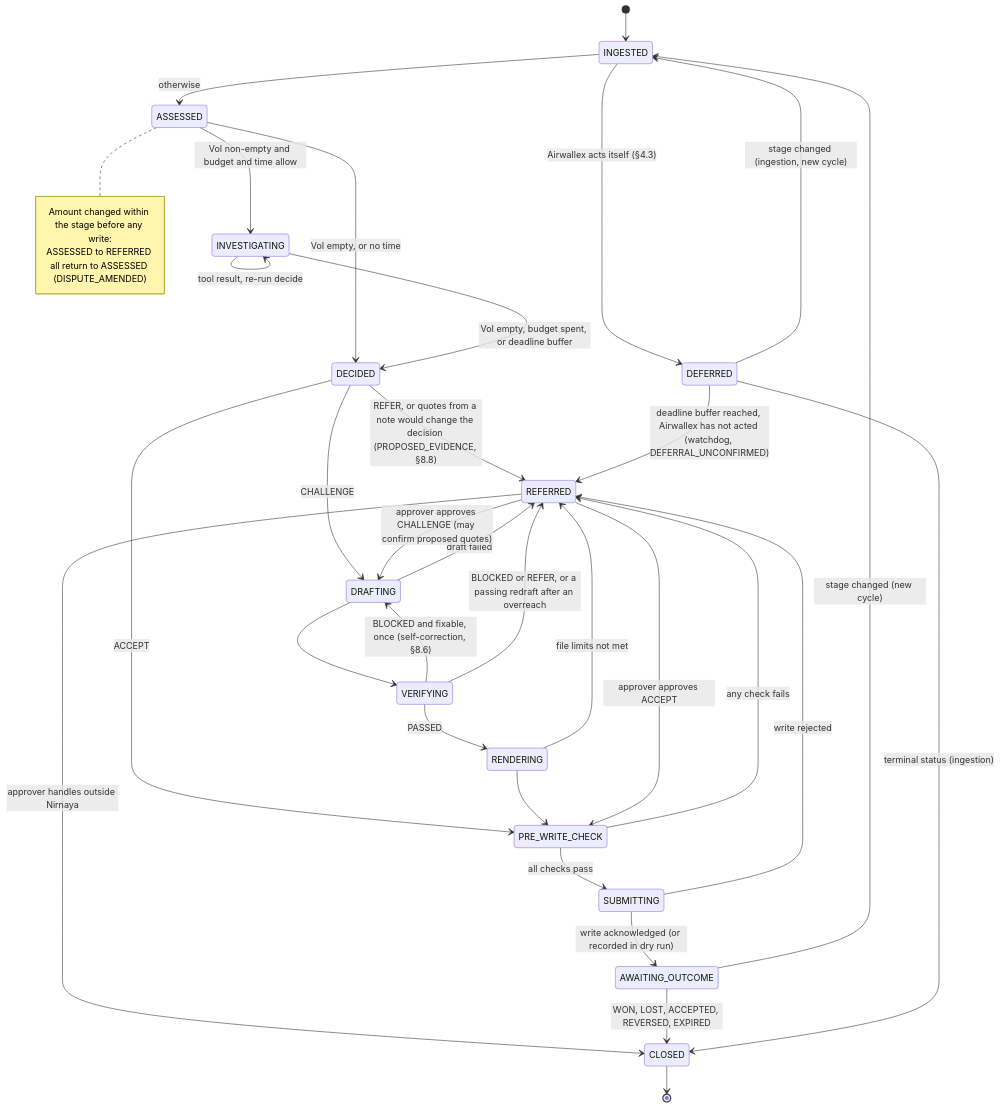
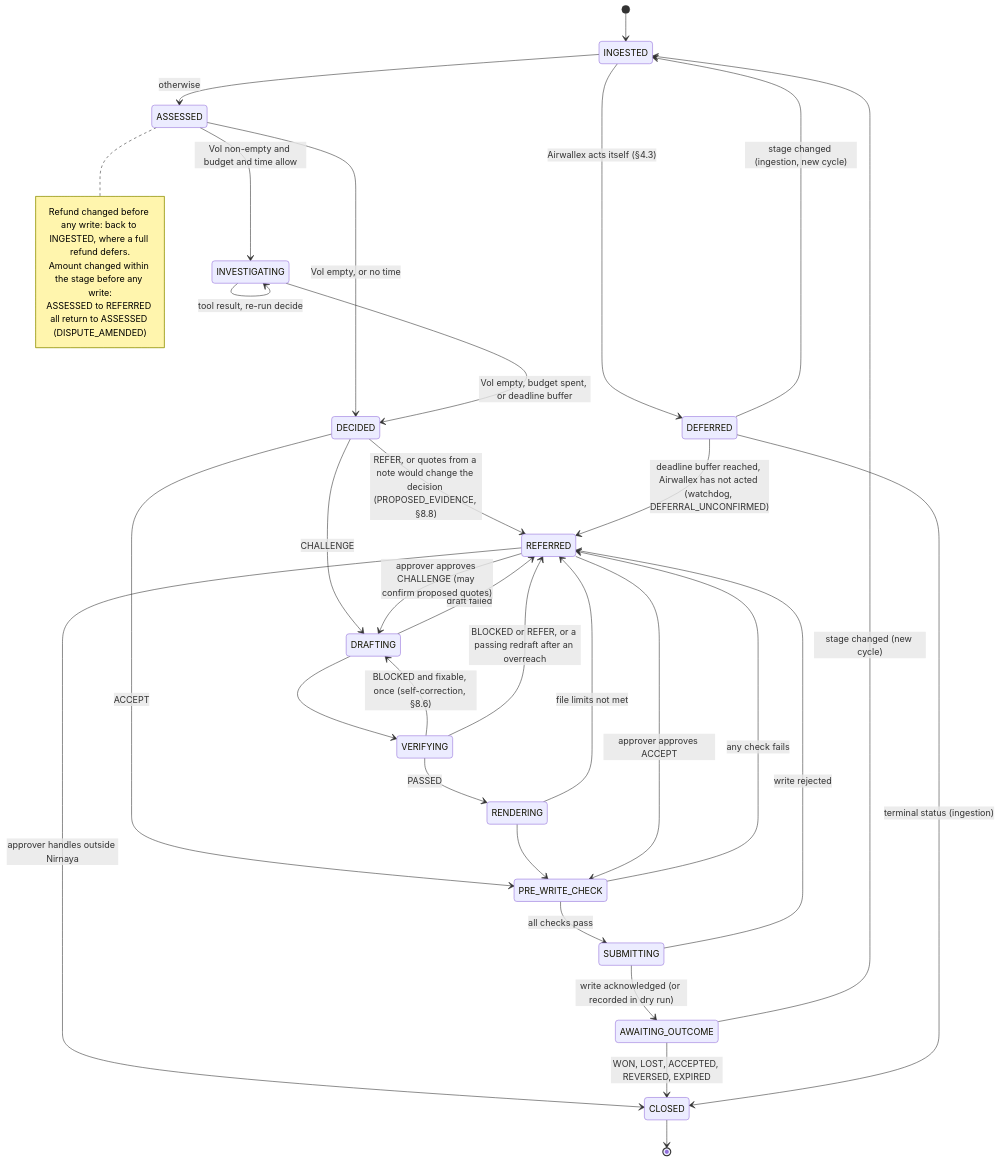
Before and after one commit to rachanna/nirnaya: the third of 8 diagrams in docs/architecture.md, drawn with Mermaid. The commit also changed other lines of this file and 18 other files, not shown here.

````diff
--- a/docs/architecture.md
+++ b/docs/architecture.md
@@ -237,44 +237,45 @@
 ```mermaid
 stateDiagram-v2
     [*] --> INGESTED
     INGESTED --> DEFERRED: Airwallex acts itself (§4.3)
     INGESTED --> ASSESSED: otherwise
 
     ASSESSED --> INVESTIGATING: VoI non-empty and budget and time allow
     ASSESSED --> DECIDED: VoI empty, or no time
 
     INVESTIGATING --> INVESTIGATING: tool result, re-run decide
     INVESTIGATING --> DECIDED: VoI empty, budget spent, or deadline buffer
 
     DECIDED --> PRE_WRITE_CHECK: ACCEPT
     DECIDED --> DRAFTING: CHALLENGE
     DECIDED --> REFERRED: REFER, or quotes from a note would change the decision (PROPOSED_EVIDENCE, §8.8)
 
     DRAFTING --> VERIFYING
     DRAFTING --> REFERRED: draft failed
     VERIFYING --> RENDERING: PASSED
     VERIFYING --> DRAFTING: BLOCKED and fixable, once (self-correction, §8.6)
     VERIFYING --> REFERRED: BLOCKED or REFER, or a passing redraft after an overreach
     RENDERING --> PRE_WRITE_CHECK
     RENDERING --> REFERRED: file limits not met
 
     PRE_WRITE_CHECK --> SUBMITTING: all checks pass
     PRE_WRITE_CHECK --> REFERRED: any check fails
     SUBMITTING --> AWAITING_OUTCOME: write acknowledged (or recorded in dry run)
     SUBMITTING --> REFERRED: write rejected
 
     REFERRED --> PRE_WRITE_CHECK: approver approves ACCEPT
     REFERRED --> DRAFTING: approver approves CHALLENGE (may confirm proposed quotes)
     REFERRED --> CLOSED: approver handles outside Nirnaya
     note right of ASSESSED
+      Refund changed before any write: back to INGESTED, where a full refund defers.
       Amount changed within the stage before any write:
       ASSESSED to REFERRED all return to ASSESSED (DISPUTE_AMENDED)
     end note
 
     AWAITING_OUTCOME --> INGESTED: stage changed (new cycle)
     AWAITING_OUTCOME --> CLOSED: WON, LOST, ACCEPTED, REVERSED, EXPIRED
     DEFERRED --> INGESTED: stage changed (ingestion, new cycle)
     DEFERRED --> CLOSED: terminal status (ingestion)
     DEFERRED --> REFERRED: deadline buffer reached, Airwallex has not acted (watchdog, DEFERRAL_UNCONFIRMED)
     CLOSED --> [*]
 ```
````
